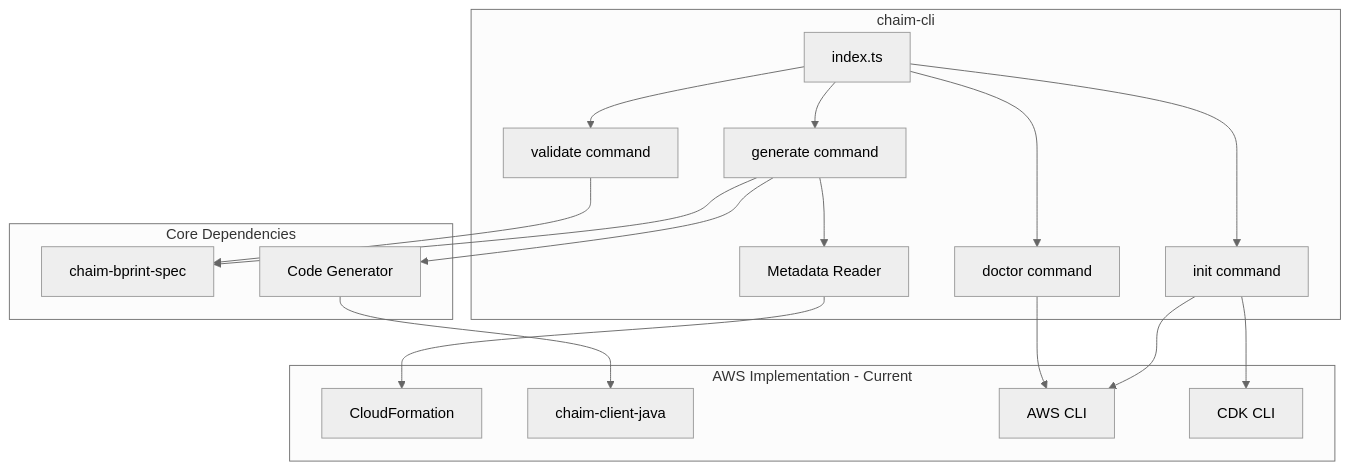
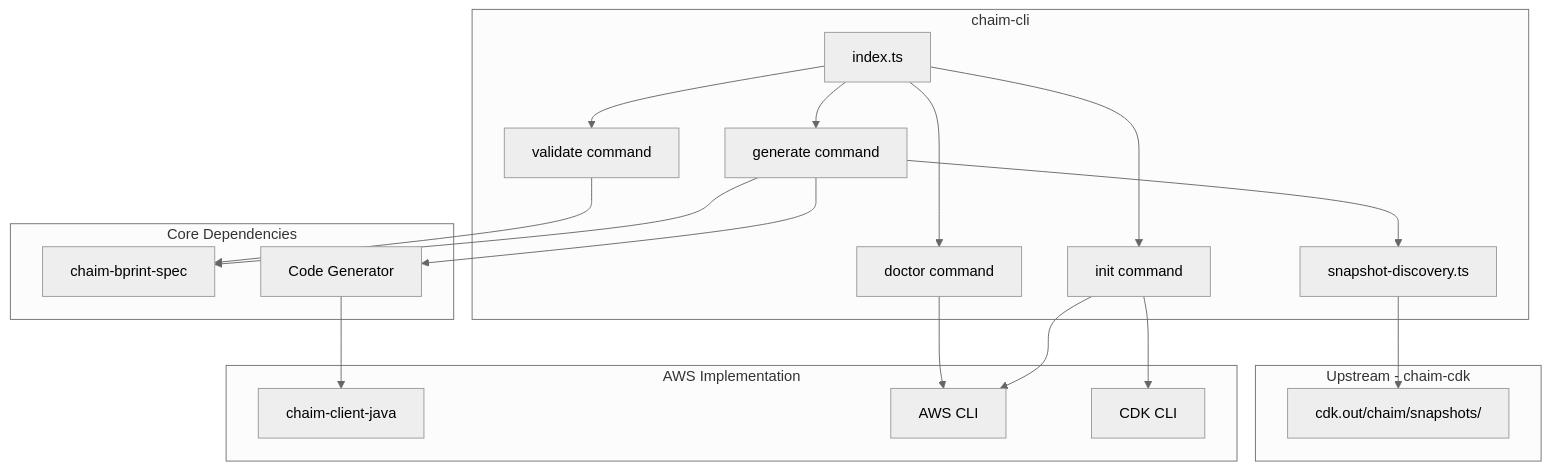
One commit to chaim-tools/chaim-cli changed the first of 4 diagrams in CHAIM_CONTEXT.md. Above: the diagram before and after it, drawn with Mermaid (neutral theme). The commit also changed other lines of this file and 7 other files, not shown here.

Commit message:
refactored generate for snapshot intake

````diff
--- a/CHAIM_CONTEXT.md
+++ b/CHAIM_CONTEXT.md
@@ -90,38 +118,41 @@
 ```mermaid
 flowchart TD
     subgraph CLI [chaim-cli]
         Index[index.ts]
         Init[init command]
         Generate[generate command]
         Validate[validate command]
         Doctor[doctor command]
-        MetadataReader[Metadata Reader]
+        SnapDisc[snapshot-discovery.ts]
     end
     
     subgraph Core [Core Dependencies]
         BprintSpec[chaim-bprint-spec]
         CodeGen[Code Generator]
     end
     
-    subgraph AWSImpl [AWS Implementation - Current]
-        CFN[CloudFormation]
+    subgraph Upstream [Upstream - chaim-cdk]
+        CDKOut[cdk.out/chaim/snapshots/]
+    end
+    
+    subgraph AWSImpl [AWS Implementation]
         ClientJava[chaim-client-java]
         AWSCLI[AWS CLI]
         CDK[CDK CLI]
     end
     
     Index --> Init
     Index --> Generate
     Index --> Validate
     Index --> Doctor
     
-    Generate --> MetadataReader
-    MetadataReader --> CFN
+    Generate --> SnapDisc
+    SnapDisc --> CDKOut
     Generate --> BprintSpec
     Generate --> CodeGen
     CodeGen --> ClientJava
     Validate --> BprintSpec
     Init --> AWSCLI
     Init --> CDK
     Doctor --> AWSCLI
 ```
````
